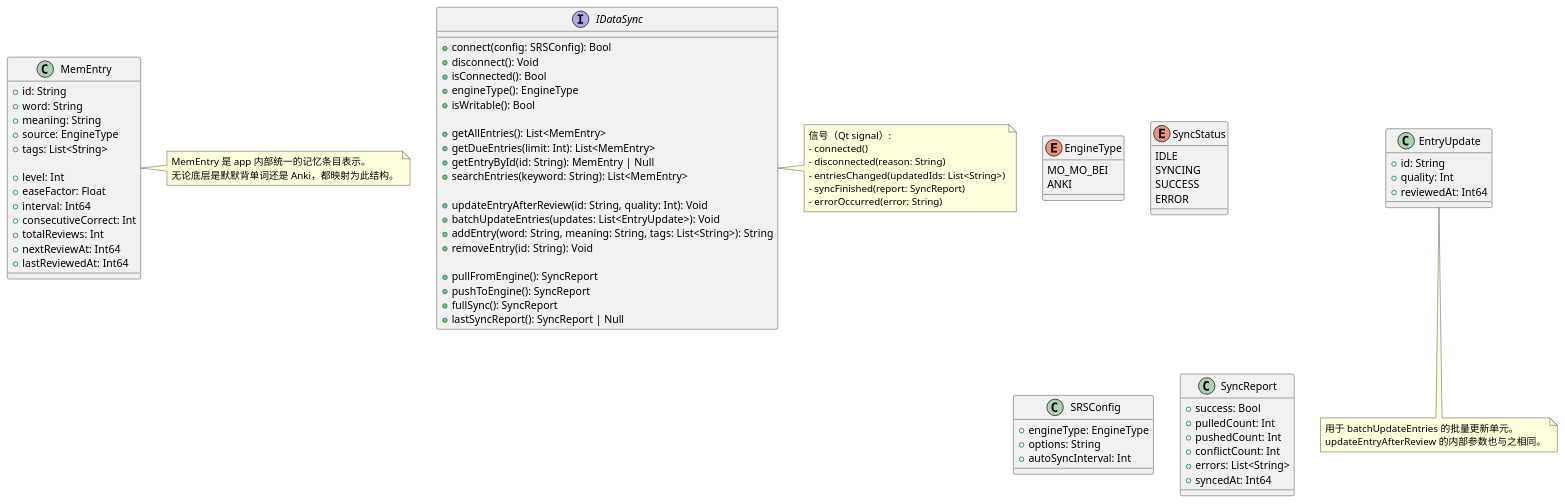
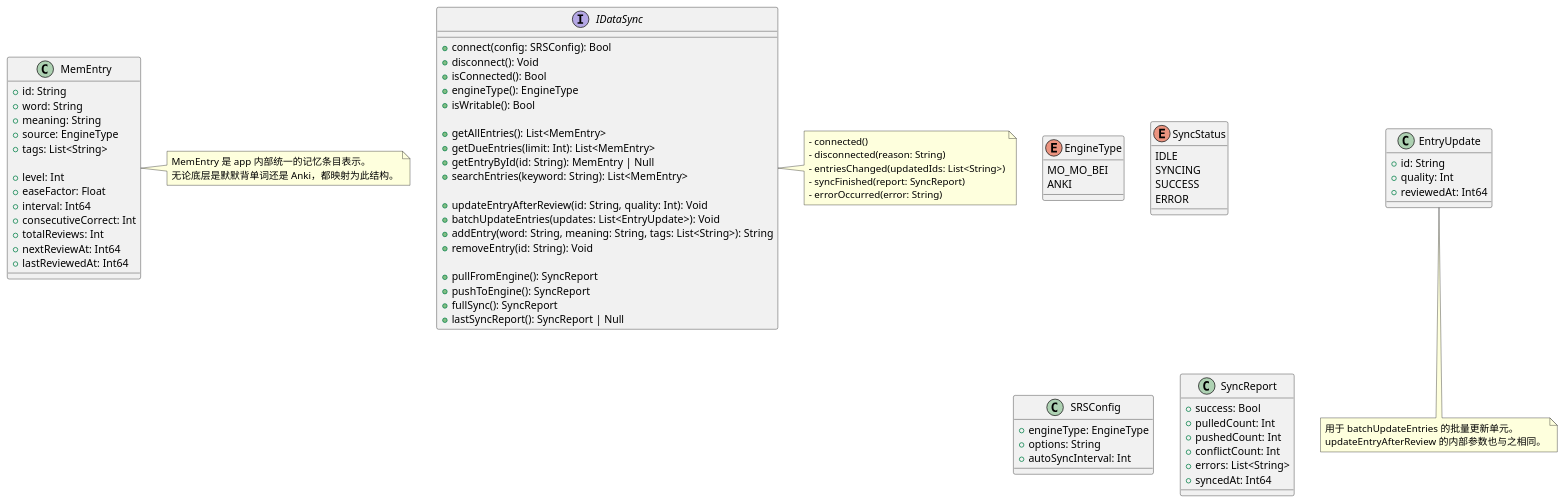
The diagram in 02-系统设计/2.2-接口设计/数据同步模块接口设计.pu (weiiiyan/MaiMemoAiChatDoc), drawn with PlantUML before and after one commit. The commit also changed 10 other files, not shown here.

```diff
--- a/02-系统设计/2.2-接口设计/数据同步模块接口设计.pu
+++ b/02-系统设计/2.2-接口设计/数据同步模块接口设计.pu
@@ -1,139 +1,140 @@
 @startuml 数据同步模块接口
 
 ' ==================== 枚举 ====================
 
 enum EngineType {
   MO_MO_BEI
   ANKI
 }
 
 enum SyncStatus {
   IDLE
   SYNCING
   SUCCESS
   ERROR
 }
 
 ' ==================== 数据模型 ====================
 
 class MemEntry {
   ' 条目唯一标识（引擎内唯一）
   + id: String
   ' 词汇 / 短语原文
   + word: String
   ' 释义
   + meaning: String
   ' 来源引擎
   + source: EngineType
   ' 标签（词性 / 分类）
   + tags: List<String>
 
   ' ——— SRS 参数 ———
   ' 记忆等级（0=新词）
   + level: Int
   ' 易度因子（SM-2 EF）
   + easeFactor: Float
   ' 当前复习间隔（秒）
   + interval: Int64
   ' 连续正确次数
   + consecutiveCorrect: Int
   ' 总复习次数
   + totalReviews: Int
   ' 下次复习时间戳
   + nextReviewAt: Int64
   ' 最后复习时间戳
   + lastReviewedAt: Int64
 }
 
 note right of MemEntry
   MemEntry 是 app 内部统一的记忆条目表示。
   无论底层是默默背单词还是 Anki，都映射为此结构。
 end note
 
 class SRSConfig {
   + engineType: EngineType
   ' 引擎专属配置（JSON，如路径 / token）
   + options: String
   ' 自动同步间隔（秒），0 表示不自动同步
   + autoSyncInterval: Int
 }
 
 class SyncReport {
   + success: Bool
   + pulledCount: Int
   + pushedCount: Int
   + conflictCount: Int
   + errors: List<String>
   + syncedAt: Int64
 }
 
 ' ==================== 接口定义 ====================
 
 interface "IDataSync" {
 
   ' ——— 引擎生命周期 ———
   ' 连接到 SRS 引擎
   + connect(config: SRSConfig): Bool
   ' 断开连接
   + disconnect(): Void
   ' 是否已连接
   + isConnected(): Bool
   ' 获取当前引擎类型
   + engineType(): EngineType
   ' 引擎是否支持写入（默默背单词可能为只读）
   + isWritable(): Bool
 
   ' ——— 条目查询 ———
   ' 获取所有记忆条目（从本地缓存）
   + getAllEntries(): List<MemEntry>
   ' 获取到期需复习的条目，按 nextReviewAt 排序
   + getDueEntries(limit: Int): List<MemEntry>
   ' 根据 ID 查询单条
   + getEntryById(id: String): MemEntry | Null
   ' 搜索条目（关键词匹配 word / meaning）
   + searchEntries(keyword: String): List<MemEntry>
 
   ' ——— 条目更新 ———
   ' 复习后更新条目状态，quality 为 SM-2 评分 (0~5)
   + updateEntryAfterReview(id: String, quality: Int): Void
   ' 批量更新（用于离线累积后一次性提交）
   + batchUpdateEntries(updates: List<EntryUpdate>): Void
   ' 添加自定义词条（返回分配的 id）
   + addEntry(word: String, meaning: String, tags: List<String>): String
   ' 删除词条
   + removeEntry(id: String): Void
 
   ' ——— 双向同步 ———
   ' 从引擎拉取最新数据（增量）
   + pullFromEngine(): SyncReport
   ' 将本地变更推送到引擎
   + pushToEngine(): SyncReport
   ' 全量双向同步
   + fullSync(): SyncReport
   ' 获取上次同步结果
   + lastSyncReport(): SyncReport | Null
 }
 
 note right of IDataSync
-  信号（Qt signal）:
   - connected()
   - disconnected(reason: String)
   - entriesChanged(updatedIds: List<String>)
   - syncFinished(report: SyncReport)
   - errorOccurred(error: String)
 end note
 
 ' ==================== 补充结构 ====================
+
+' 这些有什么用？
 
 class EntryUpdate {
   + id: String
   + quality: Int
   + reviewedAt: Int64
 }
 
 note bottom of EntryUpdate
   用于 batchUpdateEntries 的批量更新单元。
   updateEntryAfterReview 的内部参数也与之相同。
 end note
 
 @enduml
```
